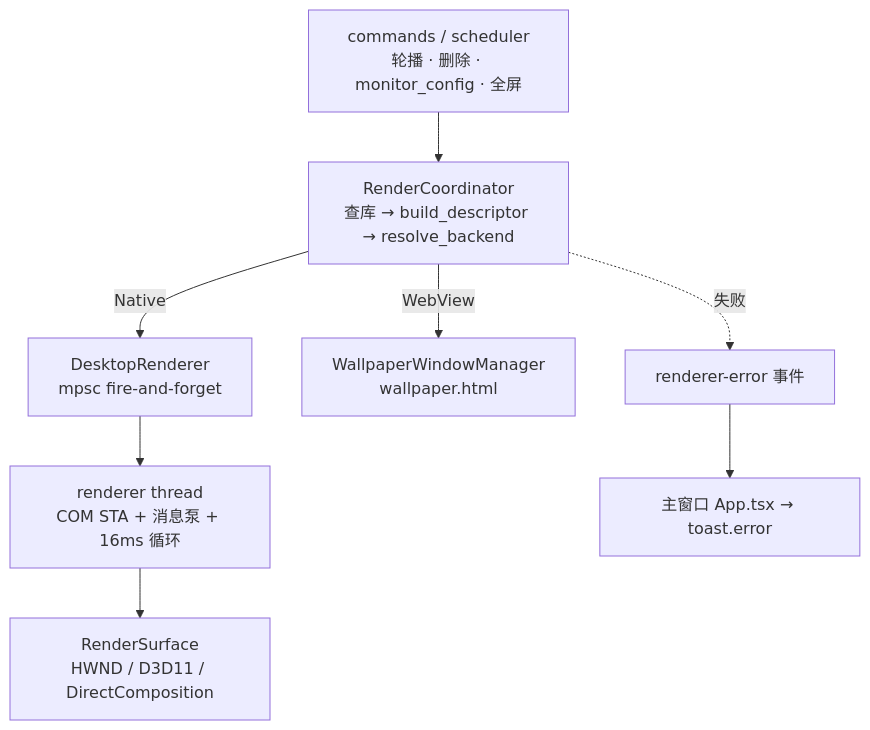
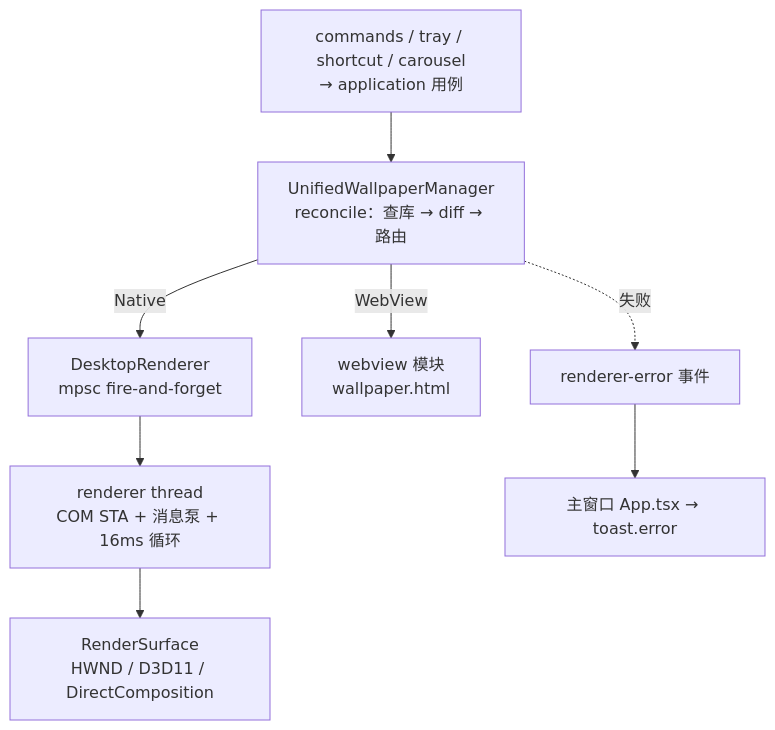
One commit to mi-saka10032/mini-wallpaper changed the diagram in src-tauri/src/platform/windows/NATIVE_RENDERER_TECH_DOC.md. Above: the diagram before and after it, drawn with Mermaid. The commit also changed other lines of this file and 3 other files, not shown here.

First line of the commit message:
docs: align Native architecture docs with current code

````diff
--- a/src-tauri/src/platform/windows/NATIVE_RENDERER_TECH_DOC.md
+++ b/src-tauri/src/platform/windows/NATIVE_RENDERER_TECH_DOC.md
@@ -71,10 +71,10 @@
 ```mermaid
 flowchart TD
-    A[commands / scheduler<br/>轮播 · 删除 · monitor_config · 全屏] --> B[RenderCoordinator<br/>查库 → build_descriptor → resolve_backend]
+    A[commands / tray / shortcut / carousel<br/>→ application 用例] --> B[UnifiedWallpaperManager<br/>reconcile：查库 → diff → 路由]
     B -->|Native| C[DesktopRenderer<br/>mpsc fire-and-forget]
     C --> D[renderer thread<br/>COM STA + 消息泵 + 16ms 循环]
     D --> E[RenderSurface<br/>HWND / D3D11 / DirectComposition]
-    B -->|WebView| F[WallpaperWindowManager<br/>wallpaper.html]
+    B -->|WebView| F[webview 模块<br/>wallpaper.html]
     B -.失败.-> G[renderer-error 事件]
     G --> H[主窗口 App.tsx → toast.error]
 ```
````
